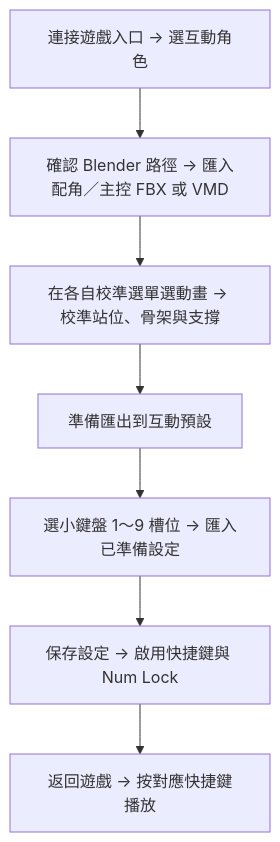
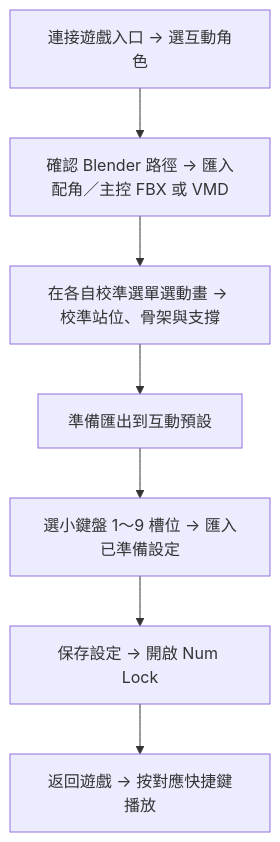
One commit to kevindaze/EndfieldAnimationImporter changed the diagram in README.md. Above: the diagram before and after it, drawn with Mermaid. The commit also changed other lines of this file and 12 other files, not shown here.

````diff
--- a/README.md
+++ b/README.md
@@ -43,9 +43,9 @@
 ```mermaid
 flowchart TD
     A[連接遊戲入口 → 選互動角色] --> B[確認 Blender 路徑 → 匯入配角／主控 FBX 或 VMD]
     B --> C[在各自校準選單選動畫 → 校準站位、骨架與支撐]
     C --> D[準備匯出到互動預設]
     D --> E[選小鍵盤 1～9 槽位 → 匯入已準備設定]
-    E --> F[保存設定 → 啟用快捷鍵與 Num Lock]
+    E --> F[保存設定 → 開啟 Num Lock]
     F --> G[返回遊戲 → 按對應快捷鍵播放]
 ```
````
